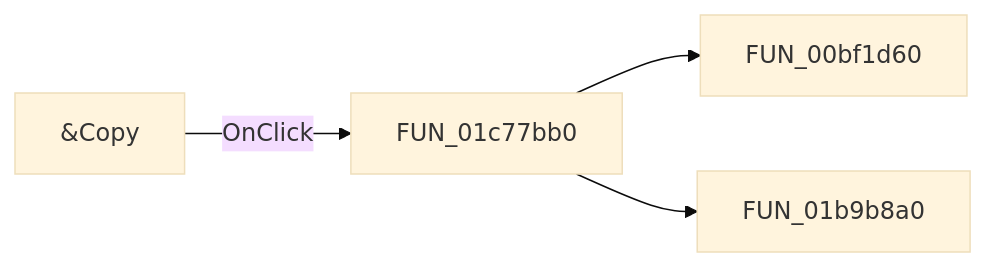
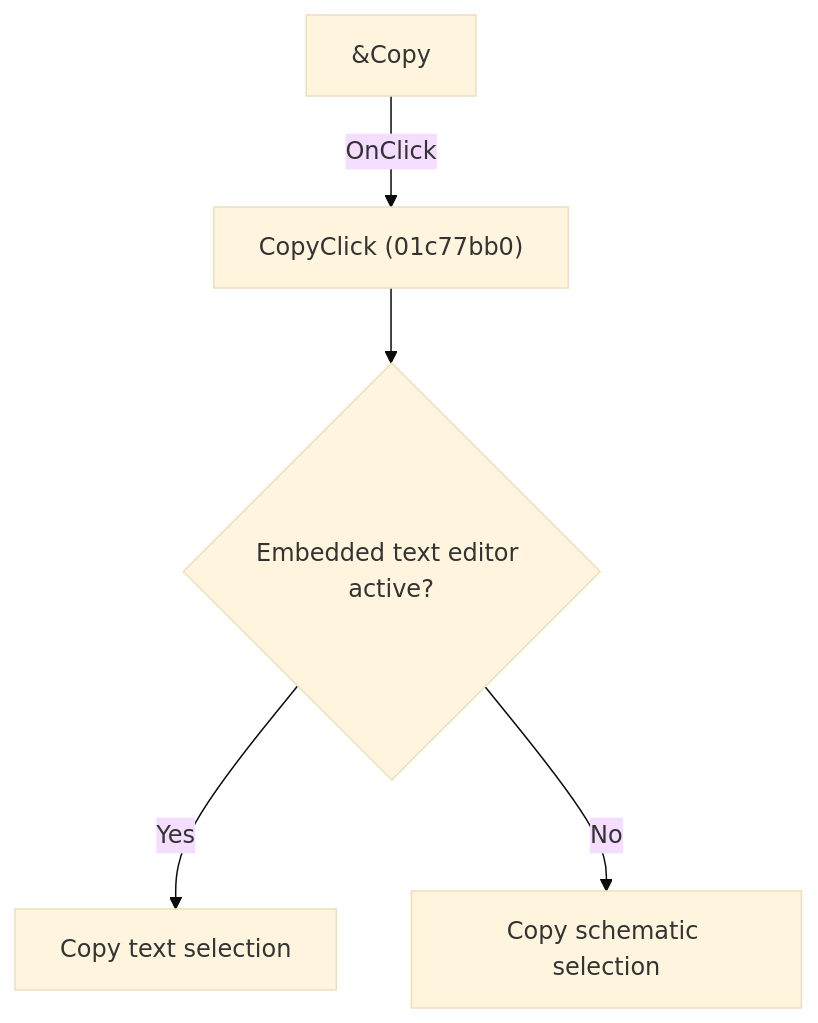
Before and after one commit to MovGP0/TIARA: the diagram in docs/ui-controls/schematiceditor/copy-1170363105.md, drawn with Mermaid (base theme). The commit also changed other lines of this file and 1062 other files, not shown here.

````diff
--- a/docs/ui-controls/schematiceditor/copy-1170363105.md
+++ b/docs/ui-controls/schematiceditor/copy-1170363105.md
@@ -27,6 +27,7 @@
 ```mermaid
-flowchart LR
-    control["&Copy"] -->|OnClick| handler["FUN_01c77bb0"]
-    handler --> call1["FUN_00bf1d60"]
-    handler --> call2["FUN_01b9b8a0"]
+flowchart TD
+    control["&Copy"] -->|"OnClick"| handler["CopyClick (01c77bb0)"]
+    handler --> context{"Embedded text editor active?"}
+    context -->|"Yes"| text["Copy text selection"]
+    context -->|"No"| schematic["Copy schematic selection"]
 ```
````
